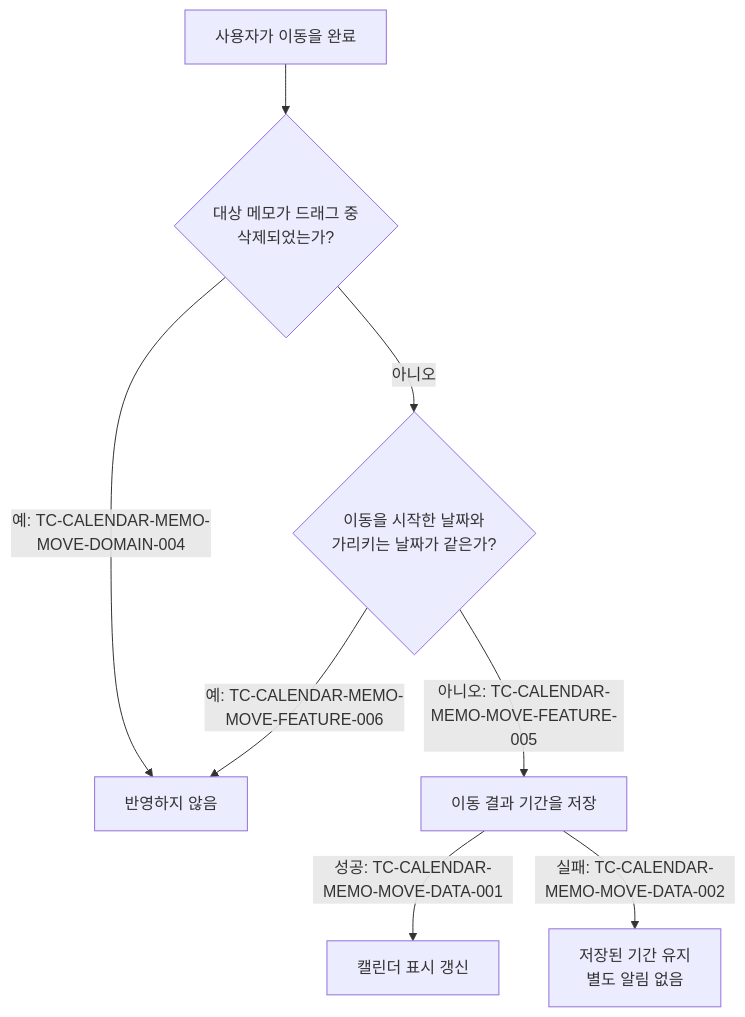
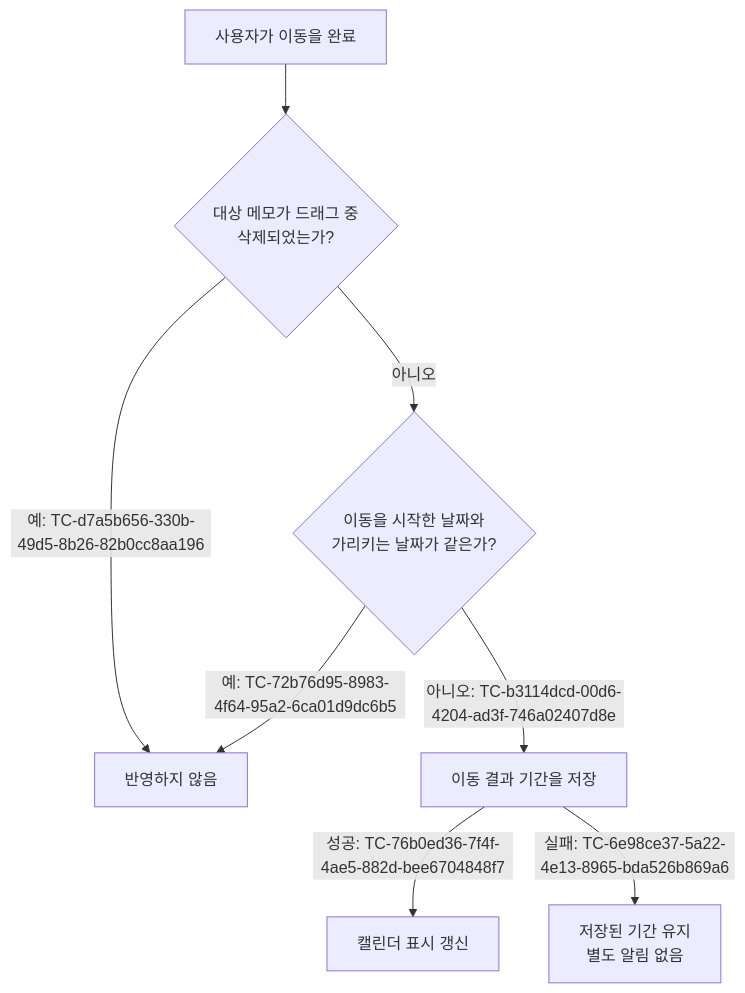
The diagram in docs/testcase/calendar-memo-move.md (taetae98coding/DiaryKMP), drawn with Mermaid before and after one commit. The commit also changed other lines of this file and 1177 other files, not shown here.

````diff
--- a/docs/testcase/calendar-memo-move.md
+++ b/docs/testcase/calendar-memo-move.md
@@ -137,10 +137,10 @@
 ```mermaid
 flowchart TD
     release["사용자가 이동을 완료"] --> deleted{"대상 메모가 드래그 중<br/>삭제되었는가?"}
-    deleted -- "예: TC-CALENDAR-MEMO-MOVE-DOMAIN-004" --> none["반영하지 않음"]
+    deleted -- "예: TC-d7a5b656-330b-49d5-8b26-82b0cc8aa196" --> none["반영하지 않음"]
     deleted -- 아니오 --> same{"이동을 시작한 날짜와<br/>가리키는 날짜가 같은가?"}
-    same -- "예: TC-CALENDAR-MEMO-MOVE-FEATURE-006" --> none
-    same -- "아니오: TC-CALENDAR-MEMO-MOVE-FEATURE-005" --> save["이동 결과 기간을 저장"]
-    save -- "성공: TC-CALENDAR-MEMO-MOVE-DATA-001" --> update["캘린더 표시 갱신"]
-    save -- "실패: TC-CALENDAR-MEMO-MOVE-DATA-002" --> keep["저장된 기간 유지<br/>별도 알림 없음"]
+    same -- "예: TC-72b76d95-8983-4f64-95a2-6ca01d9dc6b5" --> none
+    same -- "아니오: TC-b3114dcd-00d6-4204-ad3f-746a02407d8e" --> save["이동 결과 기간을 저장"]
+    save -- "성공: TC-76b0ed36-7f4f-4ae5-882d-bee6704848f7" --> update["캘린더 표시 갱신"]
+    save -- "실패: TC-6e98ce37-5a22-4e13-8965-bda526b869a6" --> keep["저장된 기간 유지<br/>별도 알림 없음"]
 ```
````
